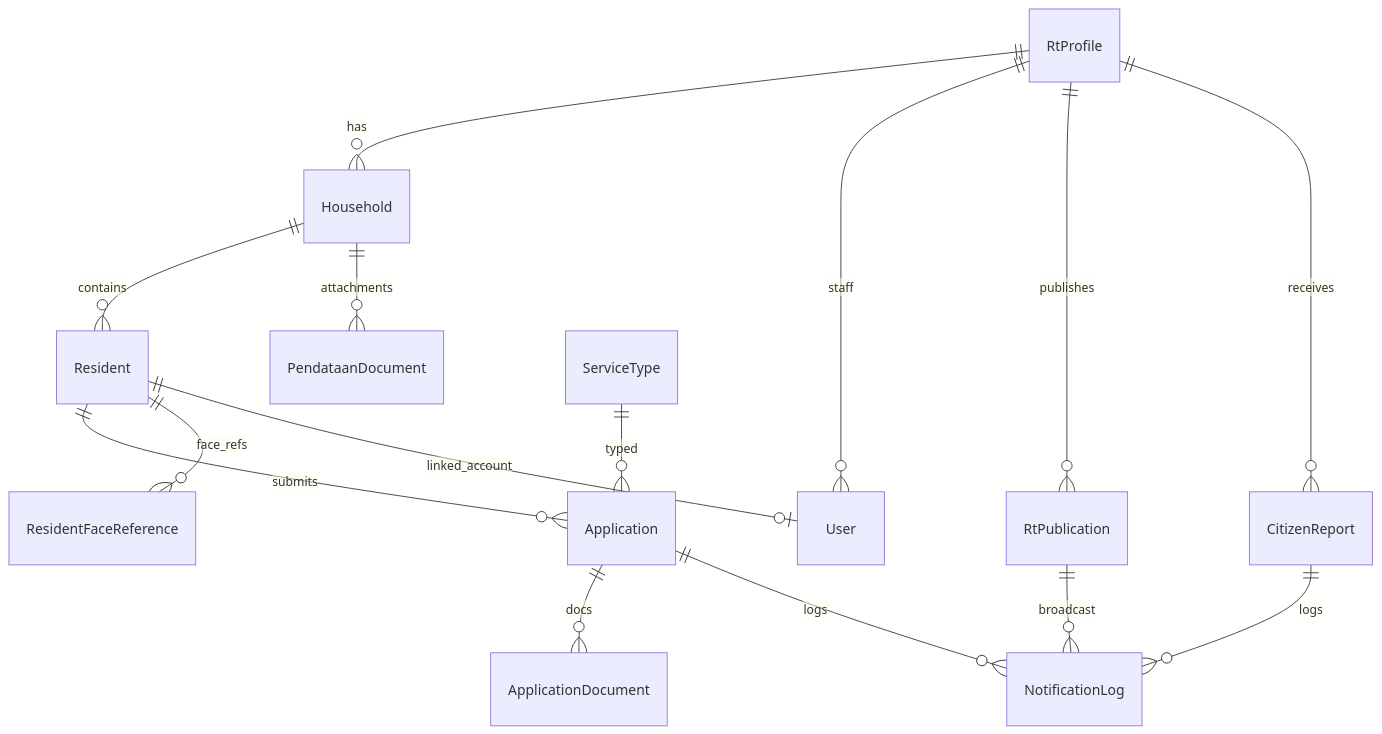
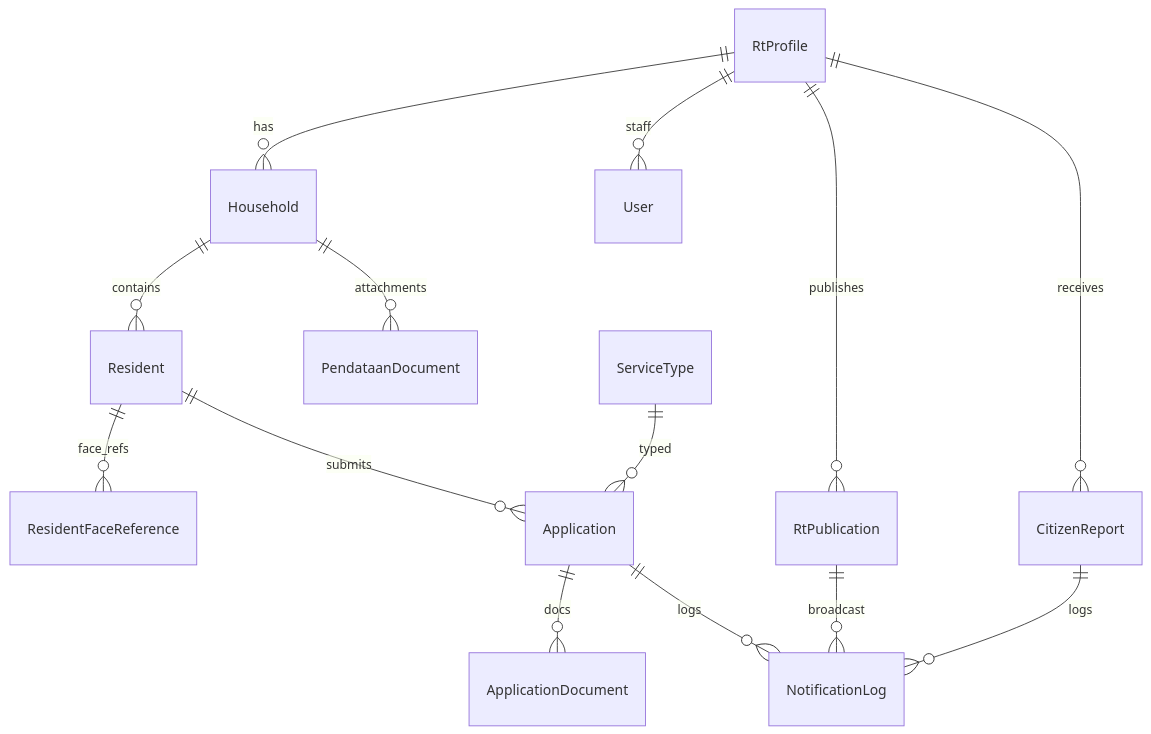
One commit to alfon00/wargaupdate changed diagram 11 of 14 in docs/LAPORAN-TUGAS-AKHIR.md. Above: the diagram before and after it, drawn with Mermaid. The commit also changed other lines of this file and 105 other files, not shown here.

````diff
--- a/docs/LAPORAN-TUGAS-AKHIR.md
+++ b/docs/LAPORAN-TUGAS-AKHIR.md
@@ -545,21 +562,20 @@
 ```mermaid
 erDiagram
     RtProfile ||--o{ Household : has
     RtProfile ||--o{ User : staff
     RtProfile ||--o{ RtPublication : publishes
     RtProfile ||--o{ CitizenReport : receives
 
     Household ||--o{ Resident : contains
     Household ||--o{ PendataanDocument : attachments
 
+    Resident ||--o{ ResidentFaceReference : face_refs
     Resident ||--o{ Application : submits
-    Resident ||--o{ ResidentFaceReference : face_refs
-    Resident ||--o| User : linked_account
 
     ServiceType ||--o{ Application : typed
     Application ||--o{ ApplicationDocument : docs
     Application ||--o{ NotificationLog : logs
 
     CitizenReport ||--o{ NotificationLog : logs
     RtPublication ||--o{ NotificationLog : broadcast
 ```
````
